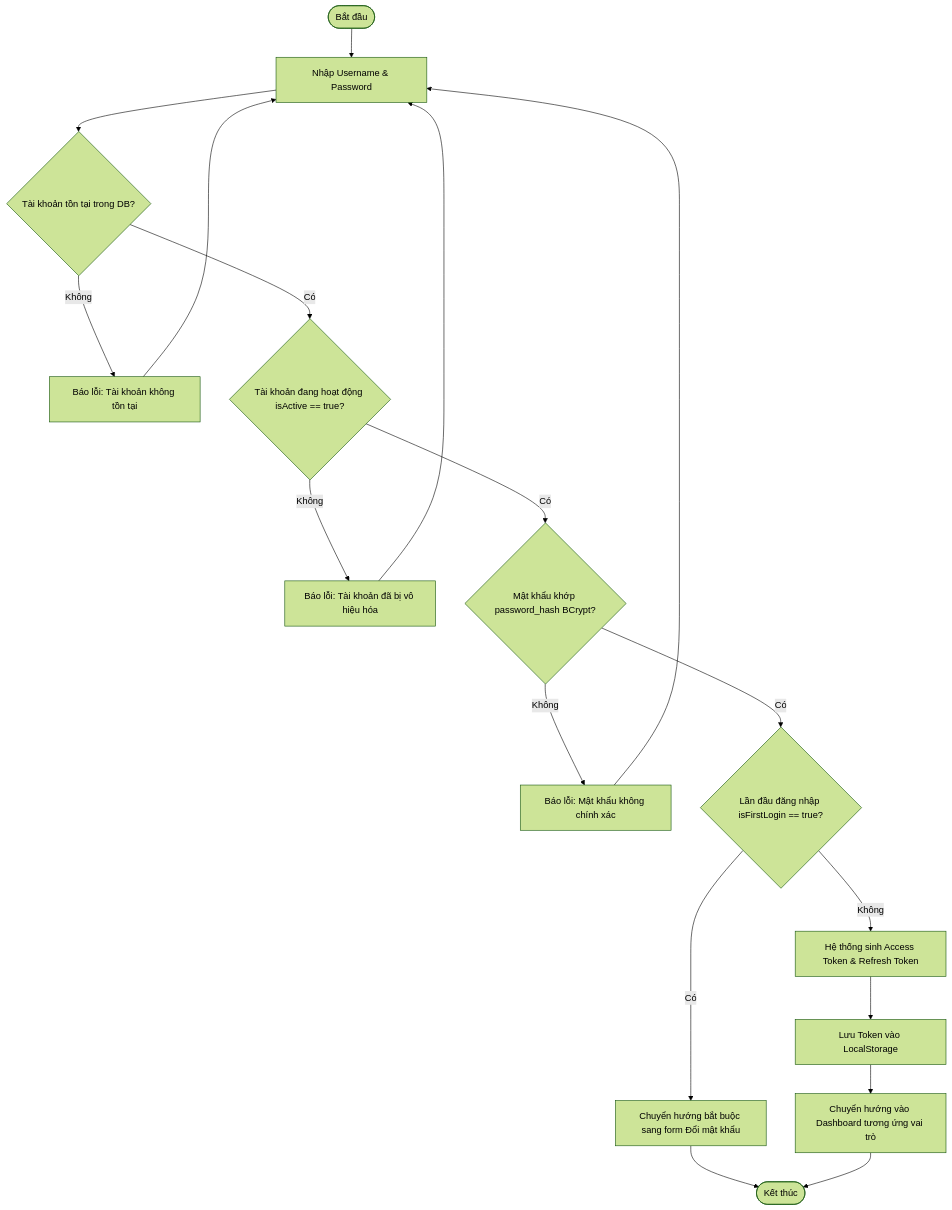
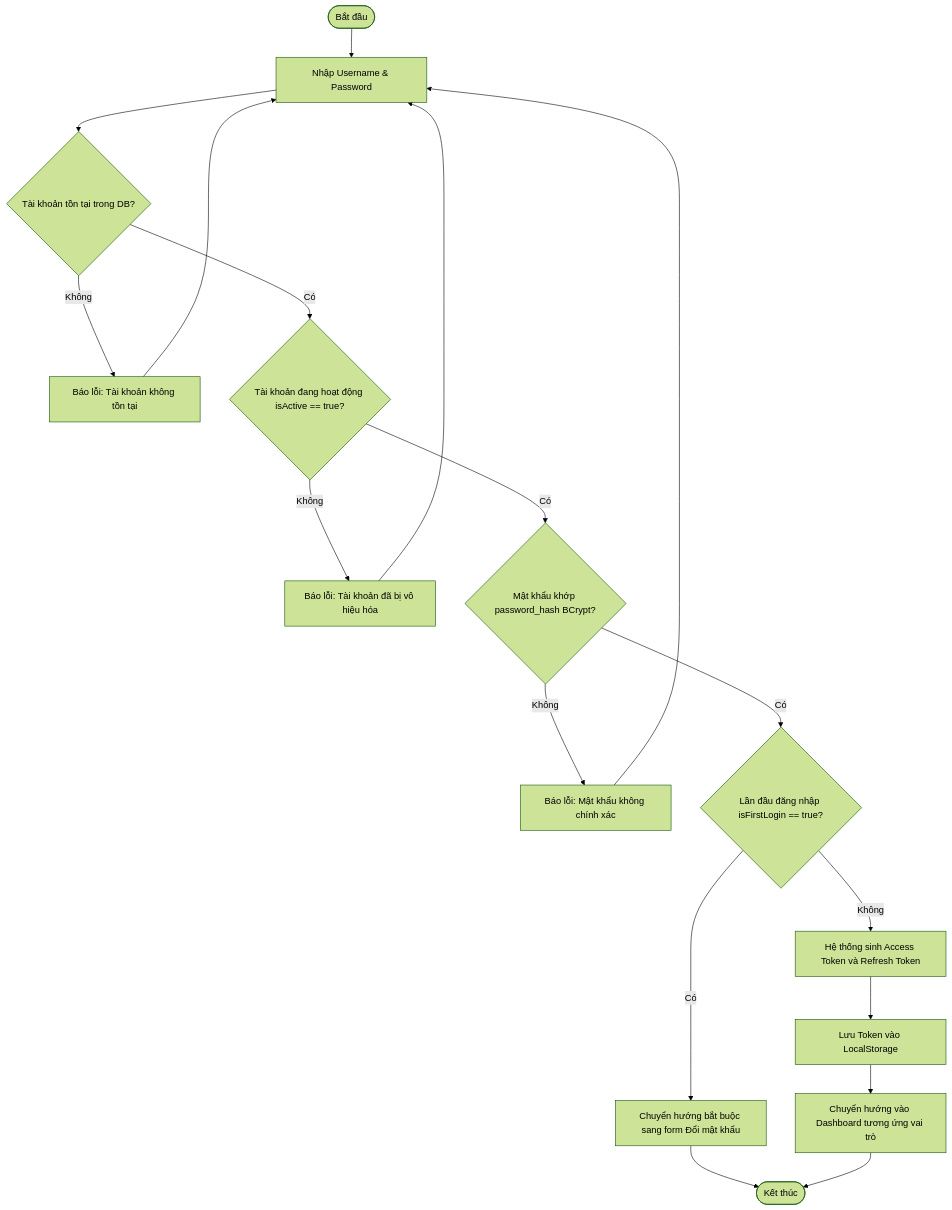
The first of 32 diagrams in a.md (ngocuyenle15/PIS-CNPM), drawn with Mermaid (forest theme) before and after one commit. The commit also changed other lines of this file, not shown here.

````diff
--- a/a.md
+++ b/a.md
@@ -11,15 +11,15 @@
 ```mermaid
 flowchart TD
     Start([Bắt đầu]) --> Input[Nhập Username & Password]
     Input --> DBCheck{Tài khoản tồn tại trong DB?}
     DBCheck -- Không --> Error1[Báo lỗi: Tài khoản không tồn tại] --> Input
     DBCheck -- Có --> ActiveCheck{Tài khoản đang hoạt động isActive == true?}
     ActiveCheck -- Không --> Error2[Báo lỗi: Tài khoản đã bị vô hiệu hóa] --> Input
     ActiveCheck -- Có --> PassCheck{Mật khẩu khớp password_hash BCrypt?}
     PassCheck -- Không --> Error3[Báo lỗi: Mật khẩu không chính xác] --> Input
     PassCheck -- Có --> FirstLogin{Lần đầu đăng nhập isFirstLogin == true?}
     FirstLogin -- Có --> ForceChange[Chuyển hướng bắt buộc sang form Đổi mật khẩu] --> End([Kết thúc])
-    FirstLogin -- Không --> GenerateToken[Hệ thống sinh Access Token & Refresh Token]
+    FirstLogin -- Không --> GenerateToken[Hệ thống sinh Access Token và Refresh Token]
     GenerateToken --> SaveLocal[Lưu Token vào LocalStorage]
     SaveLocal --> Redirect[Chuyển hướng vào Dashboard tương ứng vai trò] --> End
 ```
````
